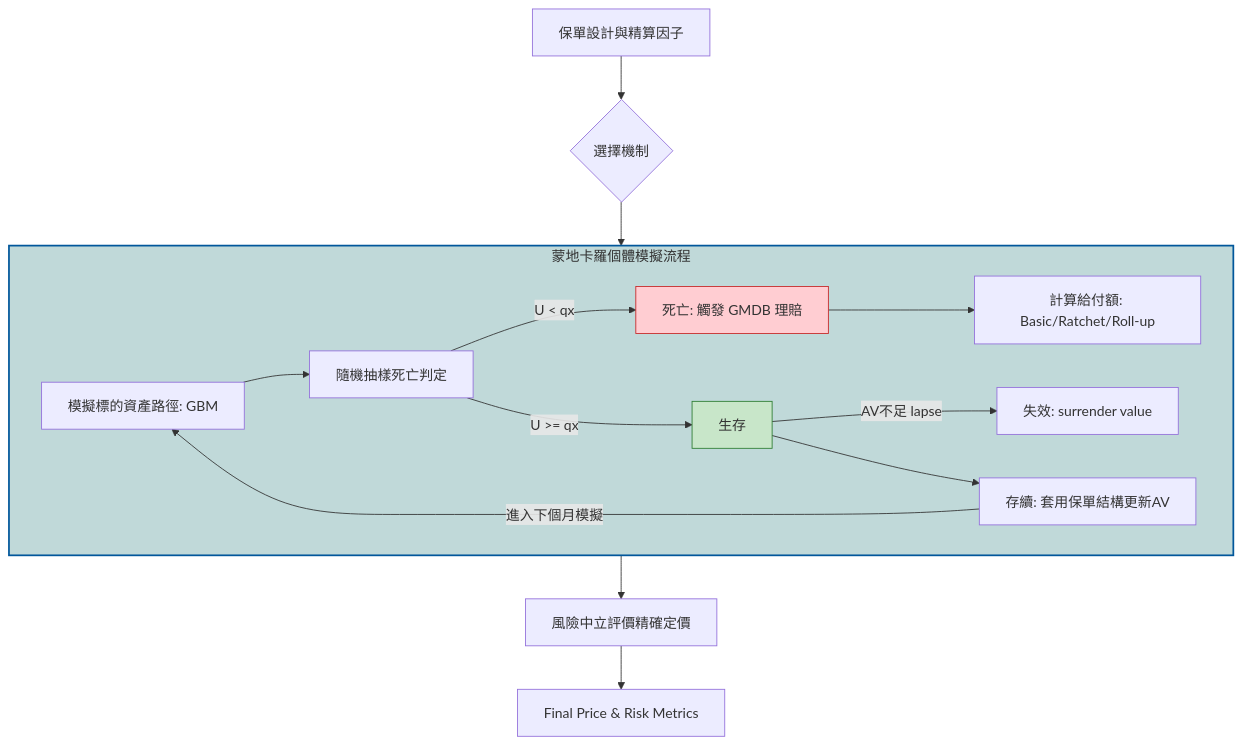
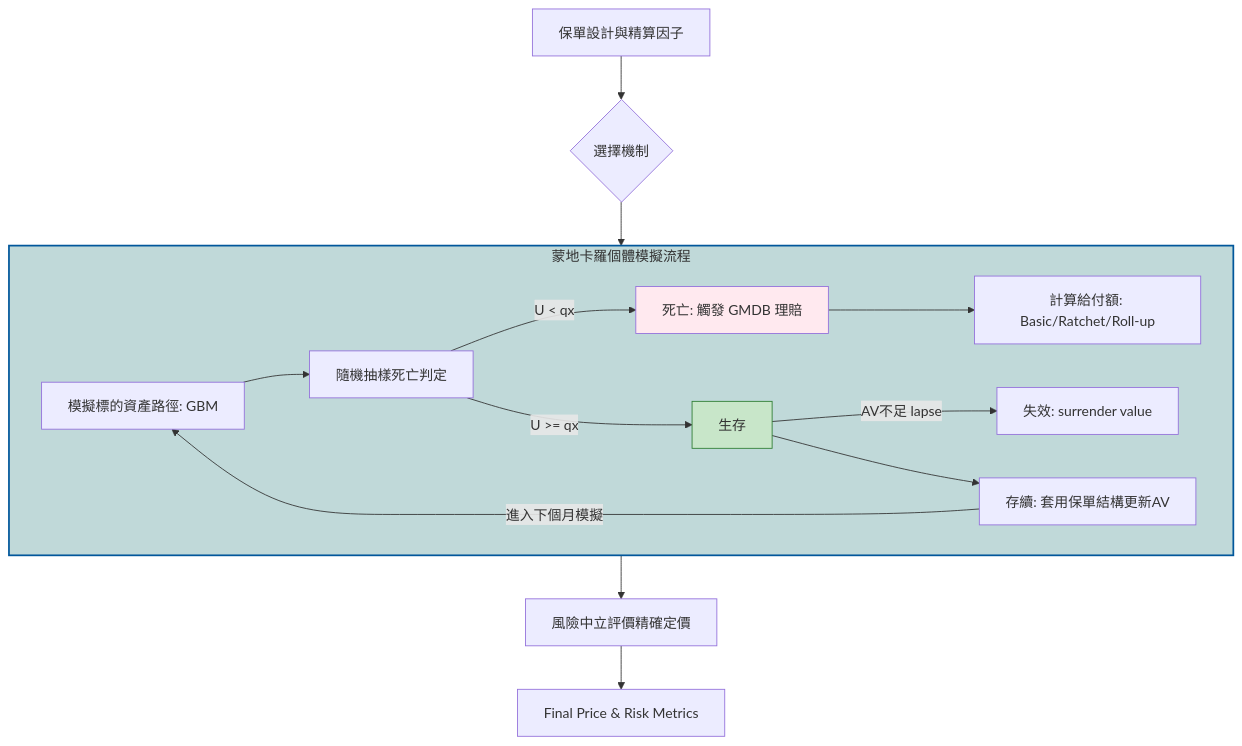
One commit to Kai-Yun-Chang/--Simulation-Python changed the diagram in README.md. Above: the diagram before and after it, drawn with Mermaid.

````diff
--- a/README.md
+++ b/README.md
@@ -26,25 +26,25 @@
 ```mermaid
 graph TD
     %% 主流程
     Input[保單設計與精算因子] --> Mechanism{選擇機制}
     Mechanism --> Simulation[蒙地卡羅模擬流程]
     Simulation --> Risk-neutral[風險中立評價精確定價]
     Risk-neutral --> Result[Final Price & Risk Metrics]
 
     %% 蒙地卡羅詳細步驟 (子圖)
     subgraph Simulation [蒙地卡羅個體模擬流程]
         S1[模擬標的資產路徑: GBM] --> S2[隨機抽樣死亡判定]
         S2 -->|U < qx| Dead[死亡: 觸發 GMDB 理賠]
         S2 -->|U >= qx| Alive[生存]
         Alive --> |AV不足 lapse| Lapse[失效: surrender value]
         Alive --> S4[存續: 套用保單結構更新AV]
         Dead --> S3[計算給付額: Basic/Ratchet/Roll-up]
         
         S4 -->|進入下個月模擬| S1
     end
 
-    style Dead fill:#ffcdd2,stroke:#c62828
+    style Dead fill:#ffe9ef
     style Alive fill:#c8e6c9,stroke:#2e7d32
     %% 樣式設定
     style Simulation fill:#c0d9d9,stroke:#01579b,stroke-width:2px
 ```
````
